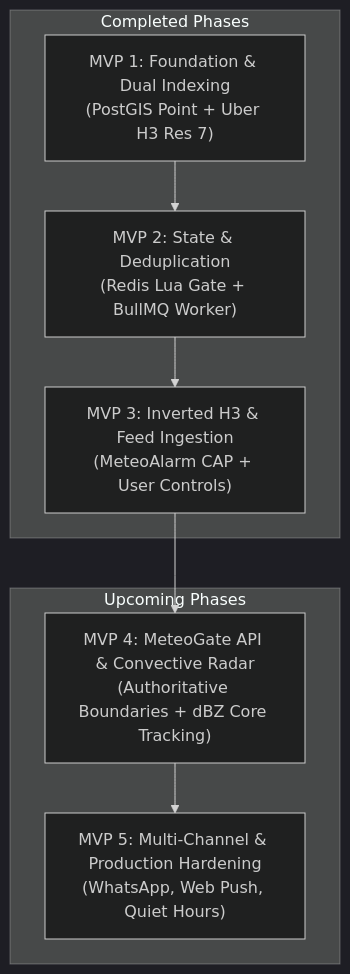
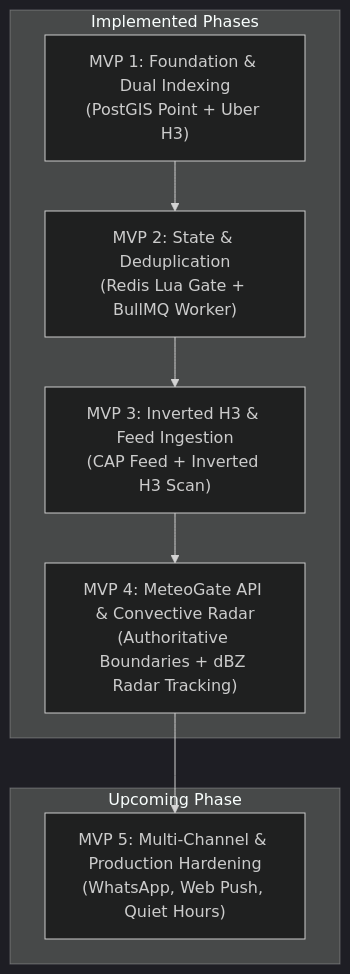
Before and after one commit to apbetioli/weather-alert: the diagram in docs/README.md, drawn with Mermaid (dark theme). The commit also changed other lines of this file and 13 other files, not shown here.

````diff
--- a/docs/README.md
+++ b/docs/README.md
@@ -9,15 +9,15 @@
 ```mermaid
 flowchart TD
-    subgraph Phase1["Completed Phases"]
-        MVP1["MVP 1: Foundation & Dual Indexing<br/>(PostGIS Point + Uber H3 Res 7)"]
+    subgraph Phase1["Implemented Phases"]
+        MVP1["MVP 1: Foundation & Dual Indexing<br/>(PostGIS Point + Uber H3)"]
         MVP2["MVP 2: State & Deduplication<br/>(Redis Lua Gate + BullMQ Worker)"]
-        MVP3["MVP 3: Inverted H3 & Feed Ingestion<br/>(MeteoAlarm CAP + User Controls)"]
+        MVP3["MVP 3: Inverted H3 & Feed Ingestion<br/>(CAP Feed + Inverted H3 Scan)"]
+        MVP4["MVP 4: MeteoGate API & Convective Radar<br/>(Authoritative Boundaries + dBZ Radar Tracking)"]
     end
 
-    subgraph Phase2["Upcoming Phases"]
-        MVP4["MVP 4: MeteoGate API & Convective Radar<br/>(Authoritative Boundaries + dBZ Core Tracking)"]
+    subgraph Phase2["Upcoming Phase"]
         MVP5["MVP 5: Multi-Channel & Production Hardening<br/>(WhatsApp, Web Push, Quiet Hours)"]
     end
 
     MVP1 --> MVP2 --> MVP3 --> MVP4 --> MVP5
 ```
````
